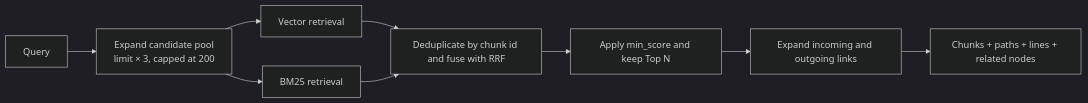
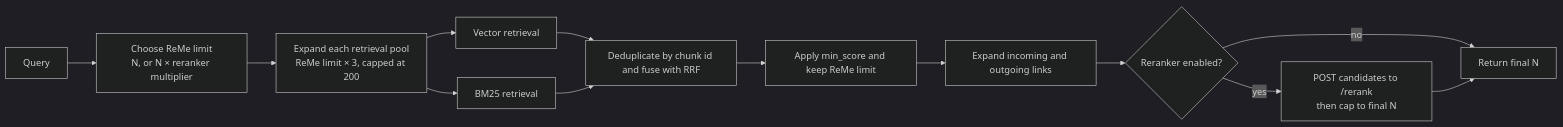
The fifth of 5 diagrams in website/public/docs/memory.en.md (agentscope-ai/QwenPaw), drawn with Mermaid (dark theme) before and after one commit. The commit also changed other lines of this file and 7 other files, not shown here.

````diff
--- a/website/public/docs/memory.en.md
+++ b/website/public/docs/memory.en.md
@@ -314,11 +331,15 @@
 ```mermaid
 flowchart LR
-    A[Query] --> B[Expand candidate pool<br/>limit × 3, capped at 200]
-    B --> C[Vector retrieval]
-    B --> D[BM25 retrieval]
+    A[Query] --> B[Choose ReMe limit<br/>N, or N × reranker multiplier]
+    B --> C0[Expand each retrieval pool<br/>ReMe limit × 3, capped at 200]
+    C0 --> C[Vector retrieval]
+    C0 --> D[BM25 retrieval]
     C --> E[Deduplicate by chunk id and fuse with RRF]
     D --> E
-    E --> F[Apply min_score and keep Top N]
+    E --> F[Apply min_score and keep ReMe limit]
     F --> G[Expand incoming and outgoing links]
-    G --> H[Chunks + paths + lines + related nodes]
+    G --> R{Reranker enabled?}
+    R -->|yes| RR[POST candidates to /rerank<br/>then cap to final N]
+    R -->|no| H[Return final N]
+    RR --> H
 ```
````
